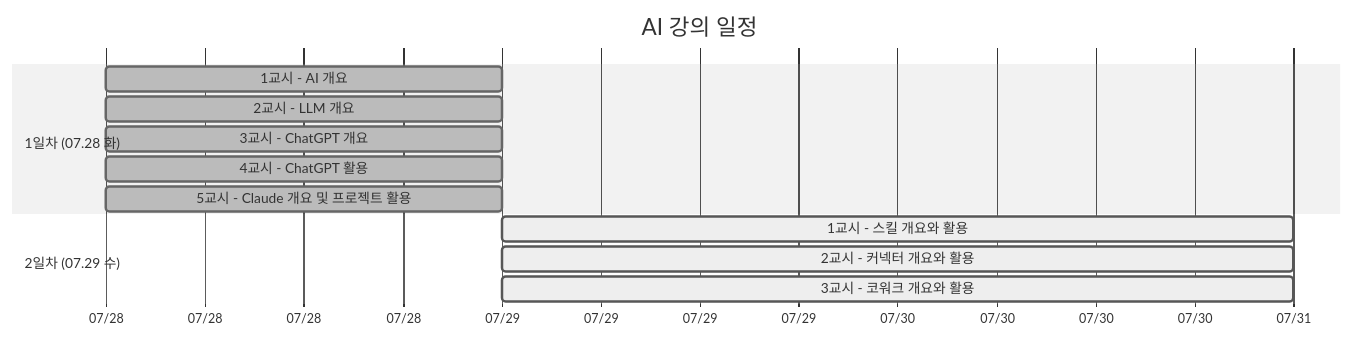
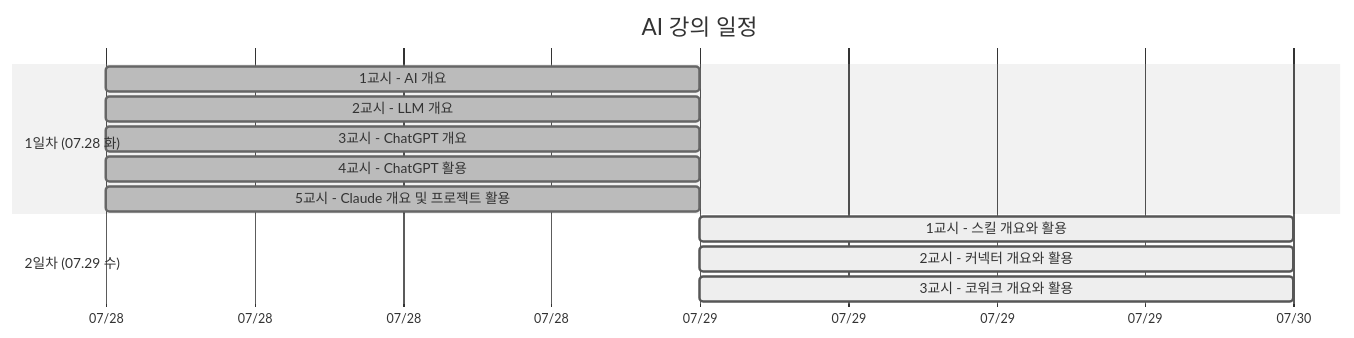
The first of 9 diagrams in README.md (soobook/2026-LLM), drawn with Mermaid (neutral theme) before and after one commit.

````diff
--- a/README.md
+++ b/README.md
@@ -15,18 +15,19 @@
 ```mermaid
 gantt
     title AI 강의 일정
     dateFormat YYYY-MM-DD
     axisFormat %m/%d
+    tickInterval 1day 
 
     section 1일차 (07.28 화)
     1교시 - AI 개요                      :done, a1, 2026-07-28, 1d
     2교시 - LLM 개요                     :done, a2, 2026-07-28, 1d
     3교시 - ChatGPT 개요                 :done, a3, 2026-07-28, 1d
     4교시 - ChatGPT 활용                 :done, a4, 2026-07-28, 1d
     5교시 - Claude 개요 및 프로젝트 활용 :done, a5, 2026-07-28, 1d
 
     section 2일차 (07.29 수)
-    1교시 - 스킬 개요와 활용             :active, b1, 2026-07-29, 2d
-    2교시 - 커넥터 개요와 활용           :active, b2, 2026-07-29, 2d
-    3교시 - 코워크 개요와 활용           :active, b3, 2026-07-29, 2d
+    1교시 - 스킬 개요와 활용             :active, b1, 2026-07-29, 1d
+    2교시 - 커넥터 개요와 활용           :active, b2, 2026-07-29, 1d
+    3교시 - 코워크 개요와 활용           :active, b3, 2026-07-29, 1d
 ```
````
